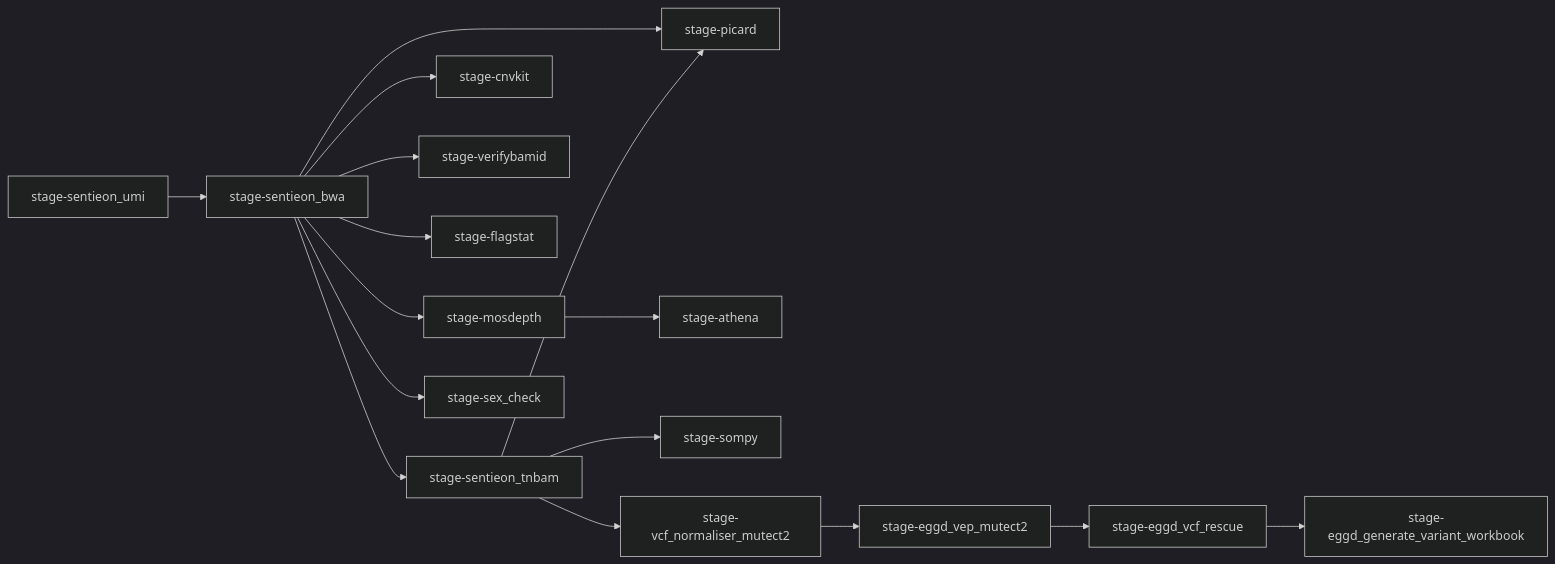
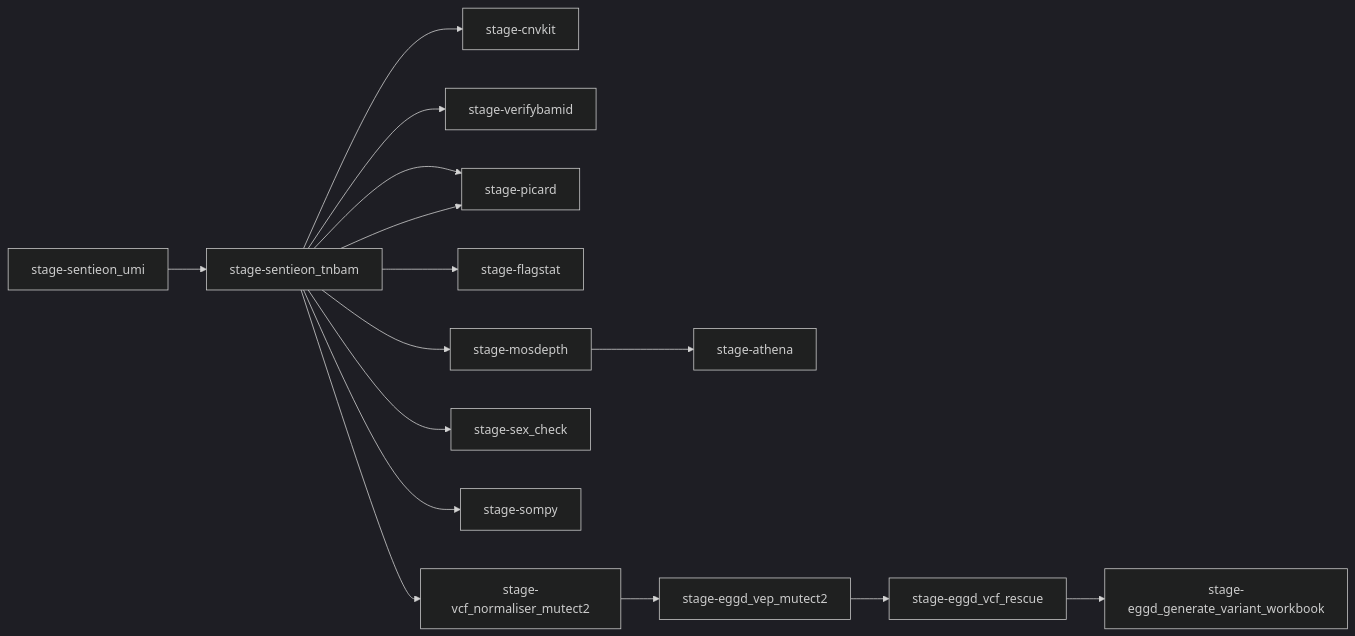
Before and after one commit to eastgenomics/eggd_atlas_main_workflow: the diagram in workflow_diagram.mmd, drawn with Mermaid (dark theme).

Commit message:
edit mmd diagram

```diff
--- a/workflow_diagram.mmd
+++ b/workflow_diagram.mmd
@@ -1,38 +1,36 @@
 graph LR
-  S_BWA["stage-sentieon_bwa"]
   S_UMI["stage-sentieon_umi"]
   S_TNBAM["stage-sentieon_tnbam"]
   CNV["stage-cnvkit"]
   VERIFY["stage-verifybamid"]
   PICARD["stage-picard"]
   FLAG["stage-flagstat"]
   MOS["stage-mosdepth"]
   ATH["stage-athena"]
   SEX["stage-sex_check"]
   SOMPY["stage-sompy"]
   VN_MUT["stage-vcf_normaliser_mutect2"]
   VEP_MUT["stage-eggd_vep_mutect2"]
   RESCUE["stage-eggd_vcf_rescue"]
   GENWB["stage-eggd_generate_variant_workbook"]
 
   %% Primary data flow edges (from JSON links)
-  S_BWA --> S_TNBAM
-  S_UMI --> S_BWA
-  S_BWA --> CNV
-  S_BWA --> VERIFY
-  S_BWA --> PICARD
+  S_UMI --> S_TNBAM
+  S_TNBAM --> CNV
+  S_TNBAM --> VERIFY
   S_TNBAM --> PICARD
-  S_BWA --> FLAG
-  S_BWA --> MOS
+  S_TNBAM --> PICARD
+  S_TNBAM --> FLAG
+  S_TNBAM --> MOS
   MOS --> ATH
-  S_BWA --> SEX
+  S_TNBAM --> SEX
   S_TNBAM --> SOMPY
 
   %% VCF normalization / annotation flow
   S_TNBAM --> VN_MUT
   VN_MUT --> VEP_MUT
   VEP_MUT --> RESCUE
   RESCUE --> GENWB
 
   %% Independent/standalone nodes
   CNV
```
